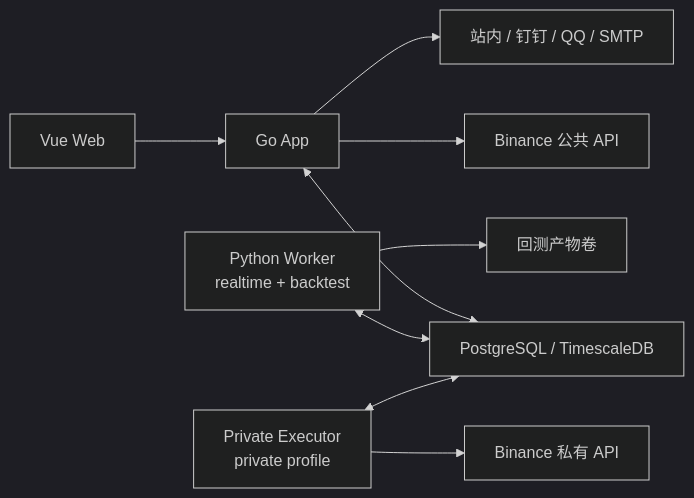
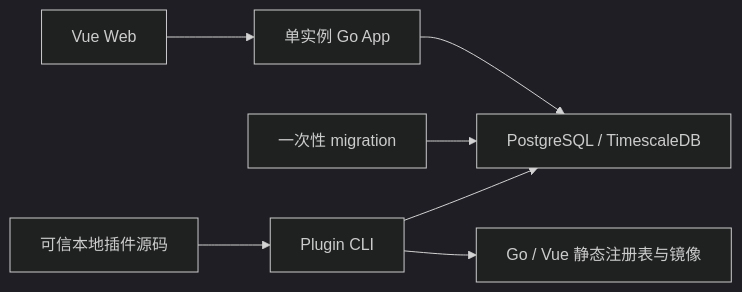
Before and after one commit to CoderLTS/coinsphere-go: the first of 2 diagrams in docs/architecture/overview.md, drawn with Mermaid (dark theme). The commit also changed other lines of this file and 28 other files, not shown here.

````diff
--- a/docs/architecture/overview.md
+++ b/docs/architecture/overview.md
@@ -14,11 +14,9 @@
 ```mermaid
 flowchart LR
-    WEB["Vue Web"] --> APP["Go App"]
-    APP <--> DB["PostgreSQL / TimescaleDB"]
-    WORKER["Python Worker\nrealtime + backtest"] <--> DB
-    APP --> PUBLIC["Binance 公共 API"]
-    APP --> CHANNELS["站内 / 钉钉 / QQ / SMTP"]
-    PRIVATE["Private Executor\nprivate profile"] <--> DB
-    PRIVATE --> BINANCE["Binance 私有 API"]
-    WORKER --> ARTIFACTS["回测产物卷"]
+    WEB["Vue Web"] --> APP["单实例 Go App"]
+    APP --> DB["PostgreSQL / TimescaleDB"]
+    MIGRATE["一次性 migration"] --> DB
+    SOURCE["可信本地插件源码"] --> CLI["Plugin CLI"]
+    CLI --> BUILD["Go / Vue 静态注册表与镜像"]
+    CLI --> DB
 ```
````
